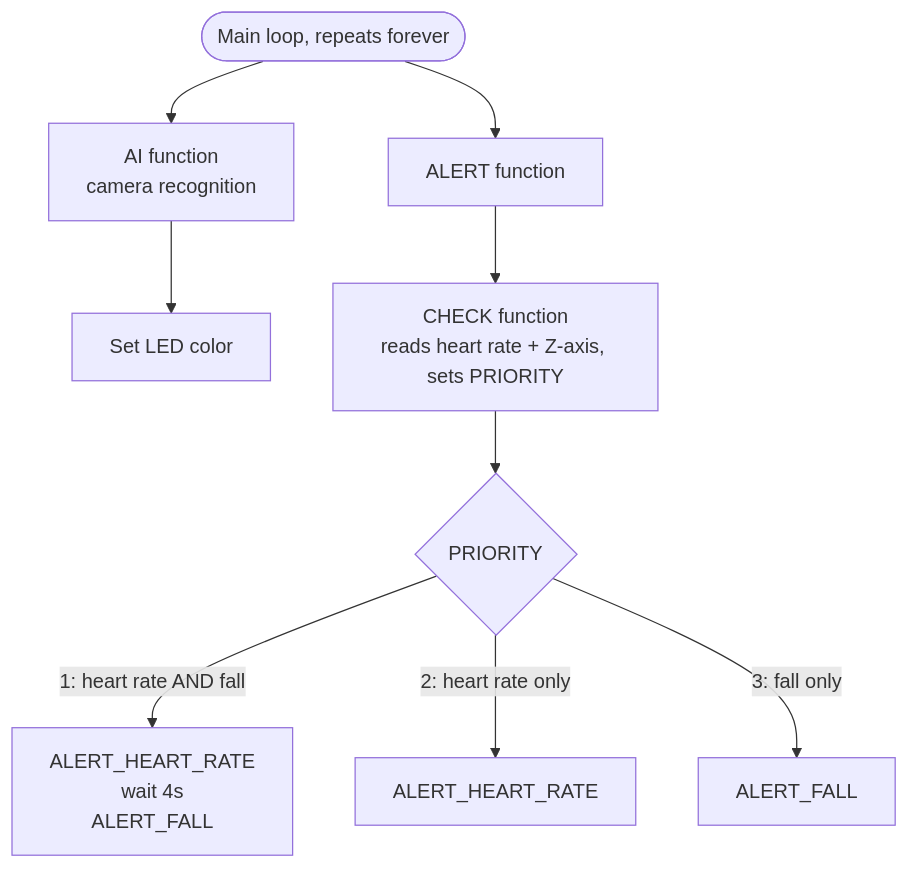
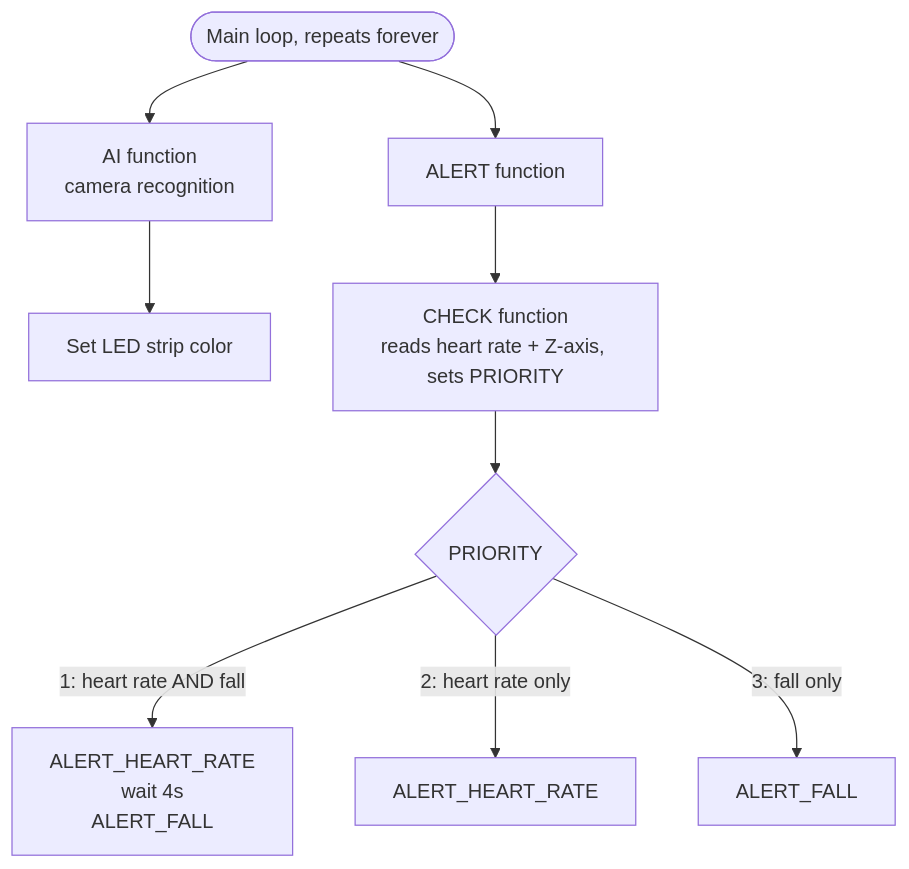
The diagram in README.md (Quannguyen-0512/Smart-health-cane), drawn with Mermaid before and after one commit. The commit also changed other lines of this file, not shown here.

````diff
--- a/README.md
+++ b/README.md
@@ -46,12 +52,12 @@
 ```mermaid
 flowchart TD
     Loop([Main loop, repeats forever]) --> AI[AI function<br/>camera recognition]
     Loop --> ALERT[ALERT function]
-    AI --> LED[Set LED color]
+    AI --> LED[Set LED strip color]
 
     ALERT --> CHECK[CHECK function<br/>reads heart rate + Z-axis, sets PRIORITY]
     CHECK --> P{PRIORITY}
     P -->|1: heart rate AND fall| B1[ALERT_HEART_RATE<br/>wait 4s<br/>ALERT_FALL]
     P -->|2: heart rate only| B2[ALERT_HEART_RATE]
     P -->|3: fall only| B3[ALERT_FALL]
 ```
````
